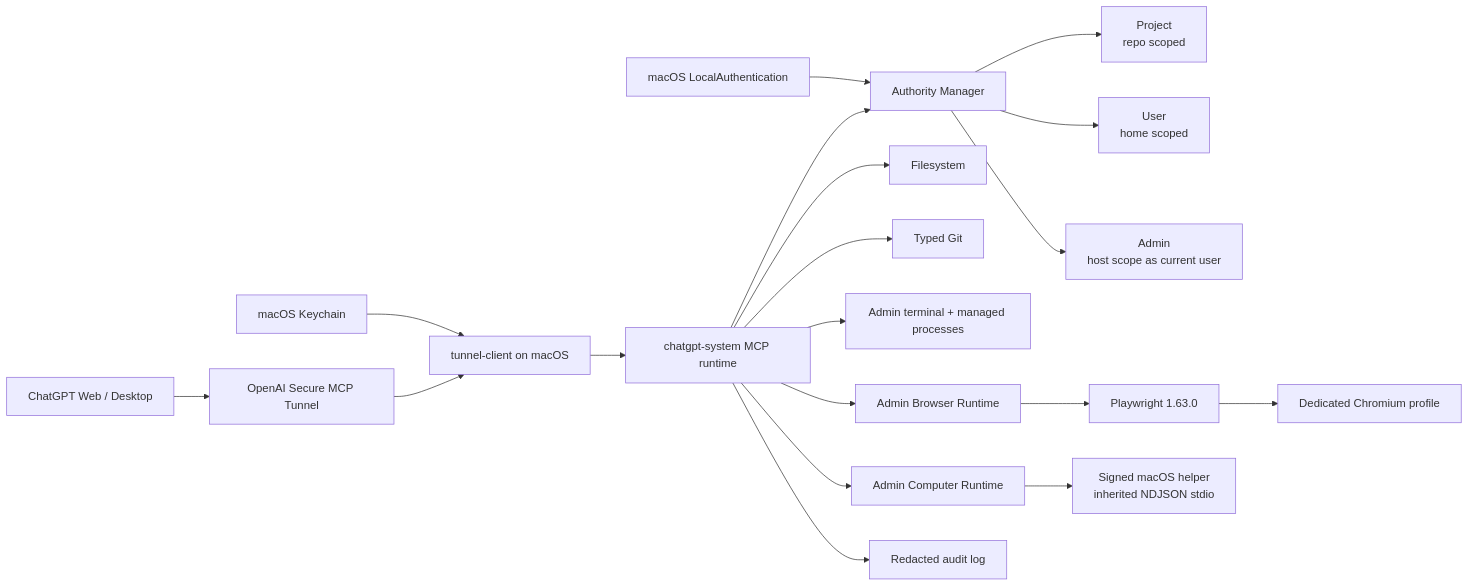
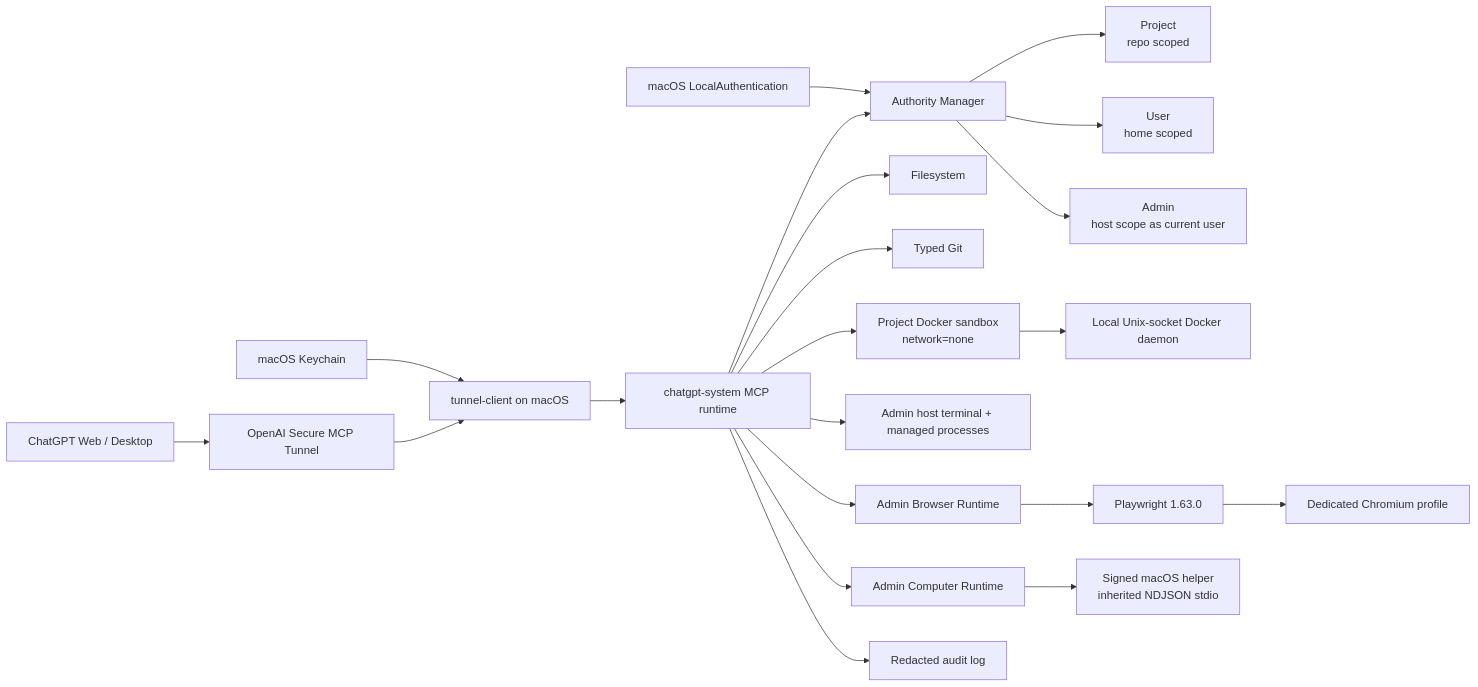
One commit to senoldogann/chatgpt-system changed the diagram in README.md. Above: the diagram before and after it, drawn with Mermaid. The commit also changed other lines of this file and 42 other files, not shown here.

Commit message:
feat: add project sandbox execution

````diff
--- a/README.md
+++ b/README.md
@@ -31,24 +32,26 @@
 ```mermaid
 flowchart LR
     ChatGPT["ChatGPT Web / Desktop"] --> Tunnel["OpenAI Secure MCP Tunnel"]
     Tunnel --> Client["tunnel-client on macOS"]
     Client --> Runtime["chatgpt-system MCP runtime"]
 
     Runtime --> Authority["Authority Manager"]
     Authority --> Project["Project<br/>repo scoped"]
     Authority --> User["User<br/>home scoped"]
     Authority --> Admin["Admin<br/>host scope as current user"]
 
     Runtime --> Files["Filesystem"]
     Runtime --> Git["Typed Git"]
-    Runtime --> Exec["Admin terminal + managed processes"]
+    Runtime --> ProjectExec["Project Docker sandbox\nnetwork=none"]
+    ProjectExec --> Docker["Local Unix-socket Docker daemon"]
+    Runtime --> Exec["Admin host terminal + managed processes"]
     Runtime --> Browser["Admin Browser Runtime"]
     Browser --> Playwright["Playwright 1.63.0"]
     Runtime --> Computer["Admin Computer Runtime"]
     Computer --> Native["Signed macOS helper\ninherited NDJSON stdio"]
     Playwright --> Chromium["Dedicated Chromium profile"]
     Runtime --> Audit["Redacted audit log"]
 
     LocalAuth["macOS LocalAuthentication"] --> Authority
     Keychain["macOS Keychain"] --> Client
 ```
````
